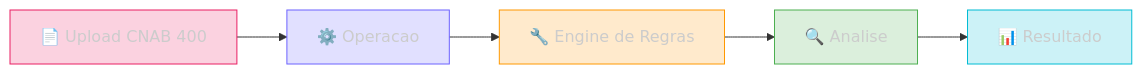
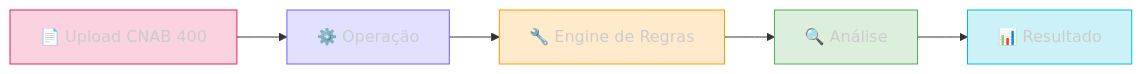
Before and after one commit to Sherlocker-LTDA/docs: the diagram in credito/introducao.mdx, drawn with Mermaid. The commit also changed other lines of this file and 34 other files, not shown here.

````diff
--- a/credito/introducao.mdx
+++ b/credito/introducao.mdx
@@ -11,13 +11,13 @@
 ```mermaid
 graph LR
-    UP["📄 Upload CNAB 400"] --> OP["⚙️ Operacao"]
+    UP["📄 Upload CNAB 400"] --> OP["⚙️ Operação"]
     OP --> EN["🔧 Engine de Regras"]
-    EN --> AN["🔍 Analise"]
+    EN --> AN["🔍 Análise"]
     AN --> RE["📊 Resultado"]
 
     style UP fill:#E91E6333,stroke:#E91E63,color:#ccc
     style OP fill:#6C63FF33,stroke:#6C63FF,color:#ccc
     style EN fill:#FF980033,stroke:#FF9800,color:#ccc
     style AN fill:#4CAF5033,stroke:#4CAF50,color:#ccc
     style RE fill:#00BCD433,stroke:#00BCD4,color:#ccc
 ```
````
